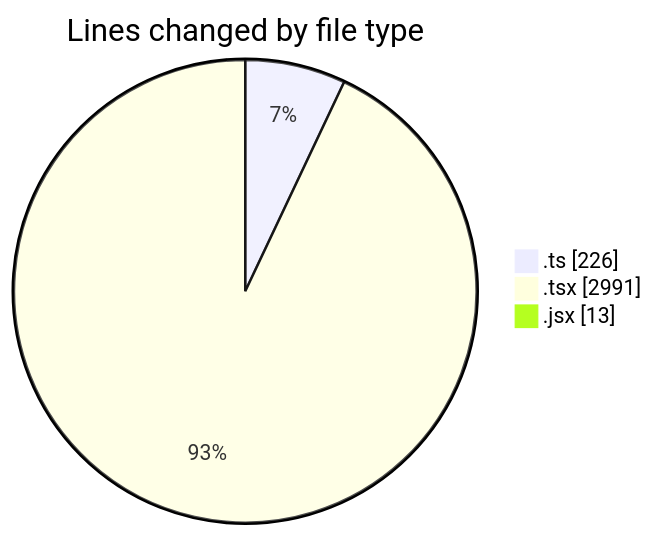
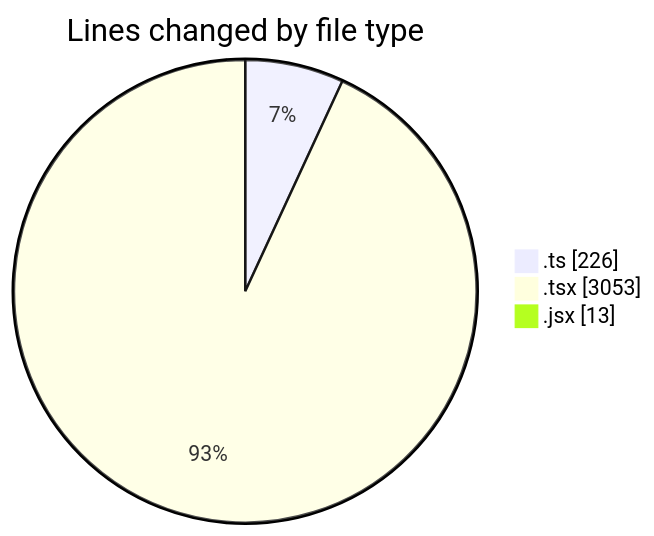
Before and after one commit to momahboobian/code-tracking: the first of 2 diagrams in 2025-12-02/cda/README.md, drawn with Mermaid. The commit also changed other lines of this file and 1 other file, not shown here.

````diff
--- a/2025-12-02/cda/README.md
+++ b/2025-12-02/cda/README.md
@@ -30,7 +30,7 @@
 ```mermaid
 pie showData
 title Lines changed by file type
 ".ts" : 226
-".tsx" : 2991
+".tsx" : 3053
 ".jsx" : 13
 ```
````
